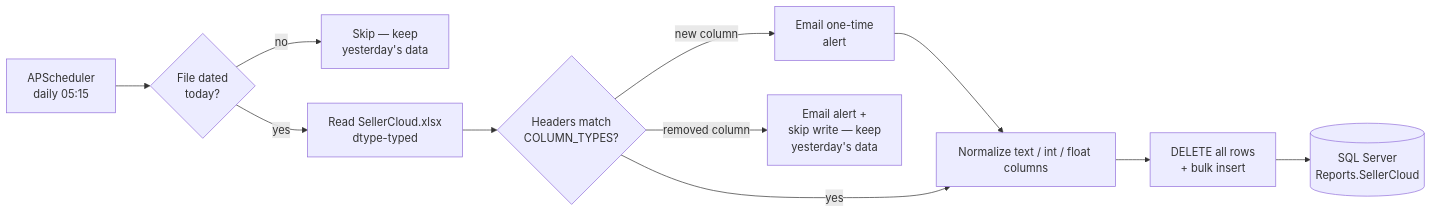
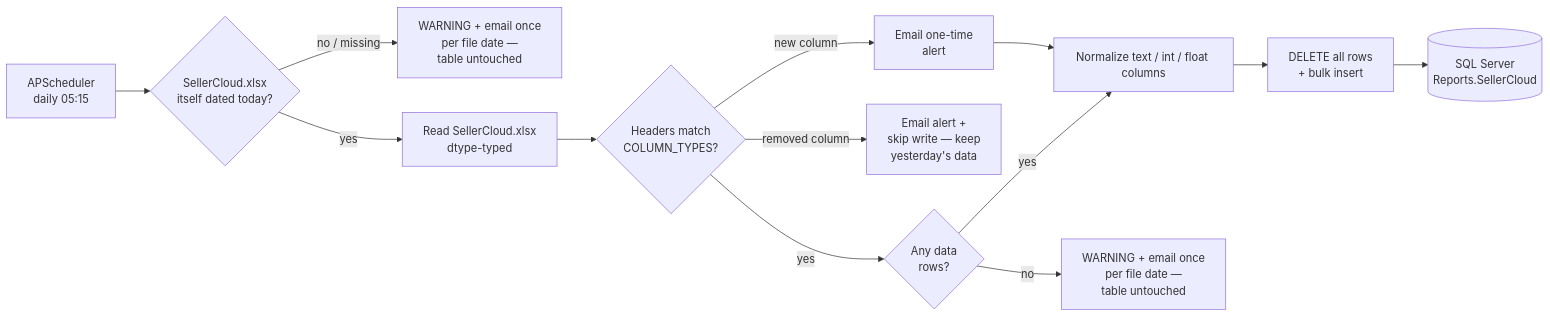
One commit to dominicci13/sellercloud-sync changed the diagram in README.md. Above: the diagram before and after it, drawn with Mermaid. The commit also changed other lines of this file and 4 other files, not shown here.

First line of the commit message:
fix: check SellerCloud.xlsx itself before reloading

````diff
--- a/README.md
+++ b/README.md
@@ -16,12 +18,14 @@
 ```mermaid
 flowchart LR
-    sched[APScheduler<br/>daily 05:15] --> fresh{File dated<br/>today?}
-    fresh -->|no| skip[Skip — keep<br/>yesterday's data]
+    sched[APScheduler<br/>daily 05:15] --> fresh{SellerCloud.xlsx<br/>itself dated today?}
+    fresh -->|no / missing| skip[WARNING + email once<br/>per file date —<br/>table untouched]
     fresh -->|yes| read[Read SellerCloud.xlsx<br/>dtype-typed]
     read --> drift{Headers match<br/>COLUMN_TYPES?}
     drift -->|new column| alert[Email one-time<br/>alert] --> norm
     drift -->|removed column| halt[Email alert +<br/>skip write — keep<br/>yesterday's data]
-    drift -->|yes| norm[Normalize text / int / float columns]
+    drift -->|yes| empty{Any data<br/>rows?}
+    empty -->|no| skip2[WARNING + email once<br/>per file date —<br/>table untouched]
+    empty -->|yes| norm[Normalize text / int / float columns]
     norm --> reload[DELETE all rows<br/>+ bulk insert]
     reload --> db[(SQL Server<br/>Reports.SellerCloud)]
 ```
````
